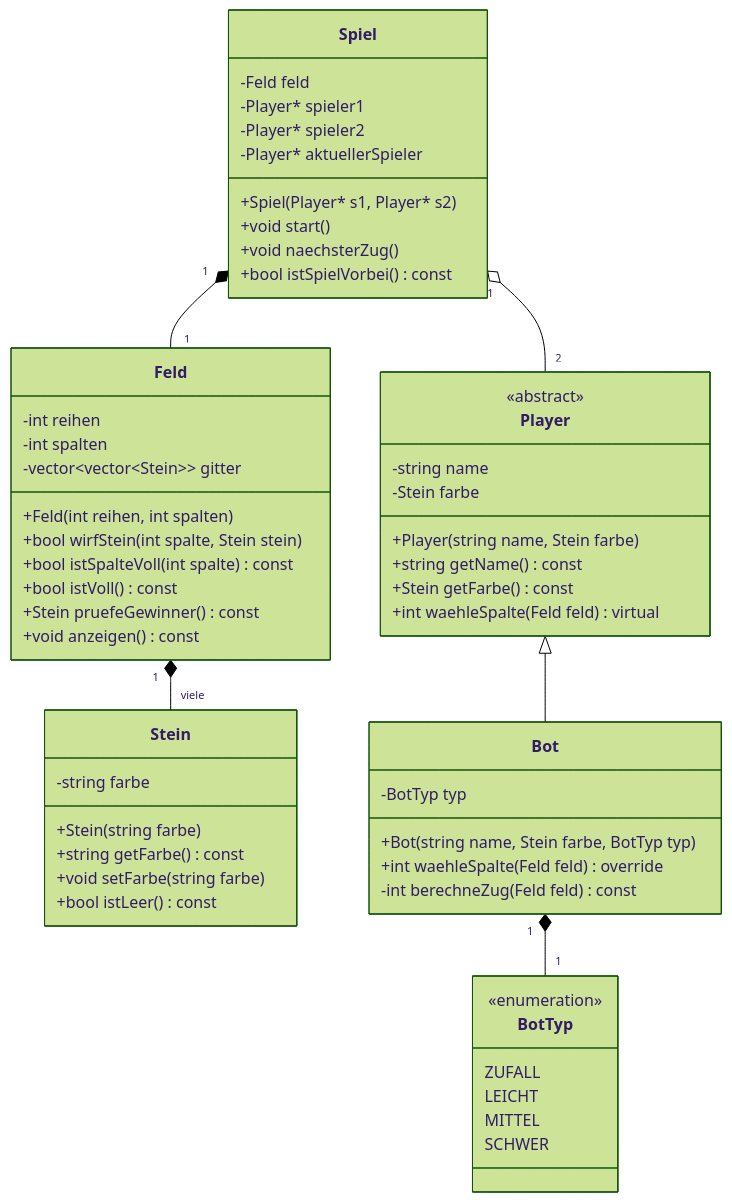
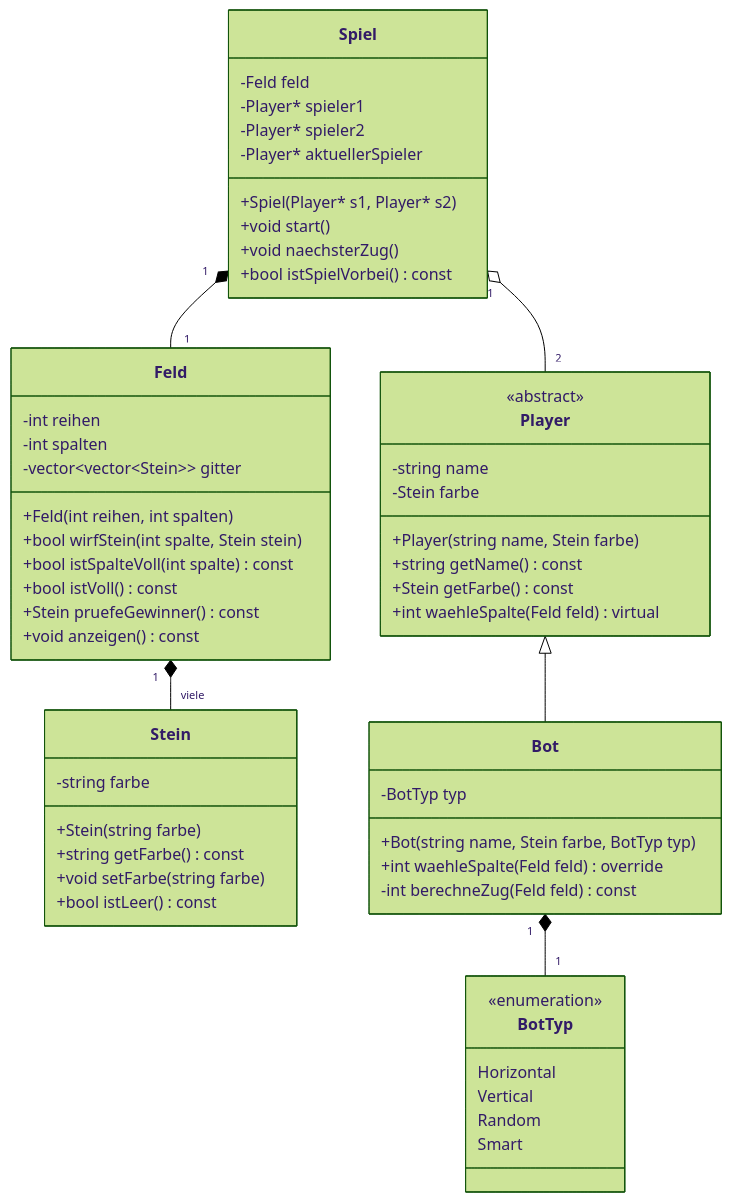
The diagram in docu/uml.md (Ehnalk/ProbeProjektCpp), drawn with Mermaid (forest theme) before and after one commit. The commit also changed 7 other files, not shown here.

````diff
--- a/docu/uml.md
+++ b/docu/uml.md
@@ -1,65 +1,65 @@
 ```mermaid
 classDiagram
     class Stein {
         -string farbe
         +Stein(string farbe)
         +string getFarbe() const
         +void setFarbe(string farbe)
         +bool istLeer() const
     }
 
     class Feld {
         -int reihen
         -int spalten
         -vector~vector~Stein~~ gitter
         +Feld(int reihen, int spalten)
         +bool wirfStein(int spalte, Stein stein)
         +bool istSpalteVoll(int spalte) const
         +bool istVoll() const
         +Stein pruefeGewinner() const
         +void anzeigen() const
     }
 
     class Player {
         <<abstract>>
         -string name
         -Stein farbe
         +Player(string name, Stein farbe)
         +string getName() const
         +Stein getFarbe() const
         +int waehleSpalte(Feld feld) virtual
     }
 
     class BotTyp {
         <<enumeration>>
-        ZUFALL
-        LEICHT
-        MITTEL
-        SCHWER
+        Horizontal
+        Vertical
+        Random
+        Smart
     }
 
     class Bot {
         -BotTyp typ
         +Bot(string name, Stein farbe, BotTyp typ)
         +int waehleSpalte(Feld feld) override
         -int berechneZug(Feld feld) const
     }
 
     class Spiel {
         -Feld feld
         -Player* spieler1
         -Player* spieler2
         -Player* aktuellerSpieler
         +Spiel(Player* s1, Player* s2)
         +void start()
         +void naechsterZug()
         +bool istSpielVorbei() const
     }
 
     Player <|-- Bot
     Feld "1" *-- "viele" Stein
     Bot "1" *-- "1" BotTyp
     Spiel "1" *-- "1" Feld
     Spiel "1" o-- "2" Player
 
 ```
````
